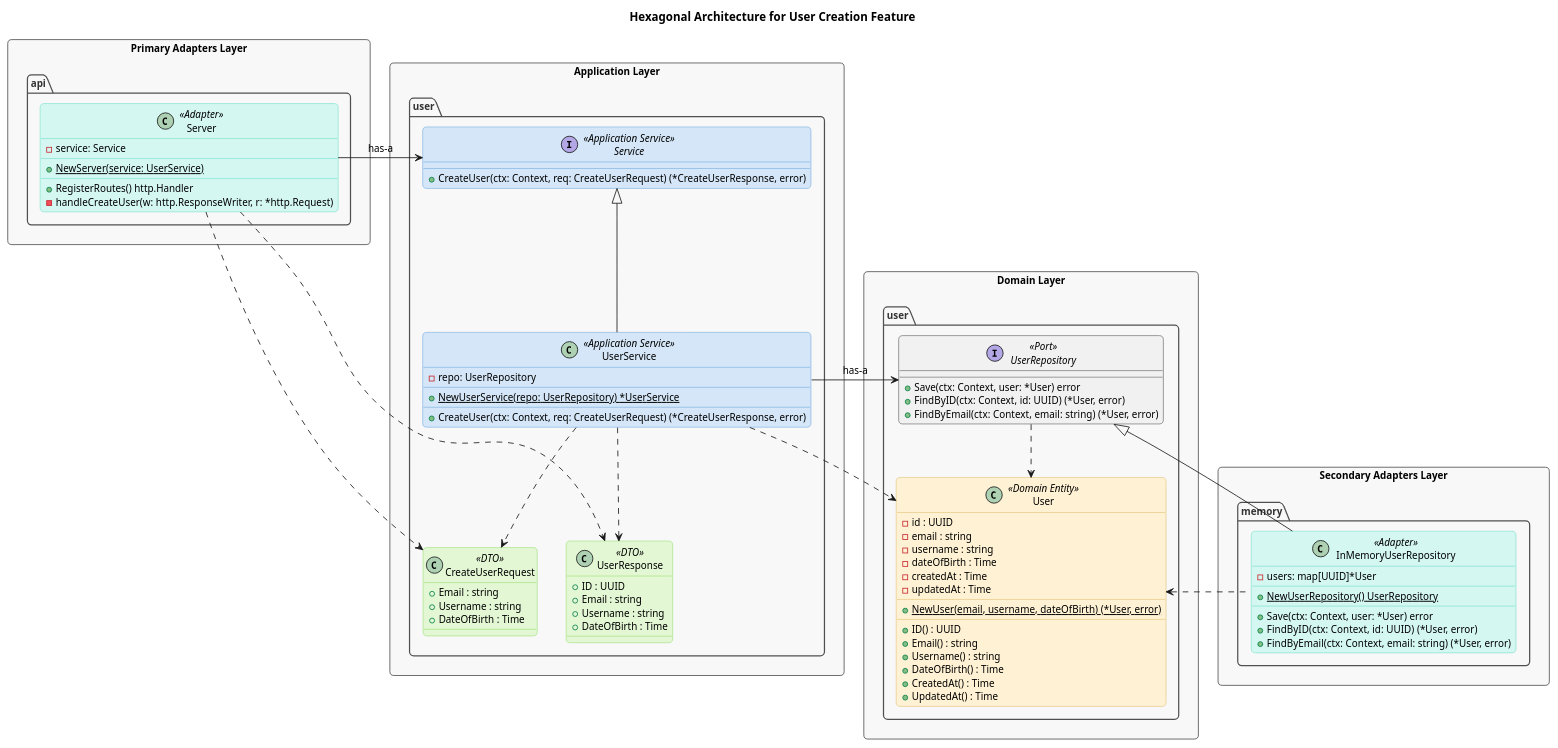
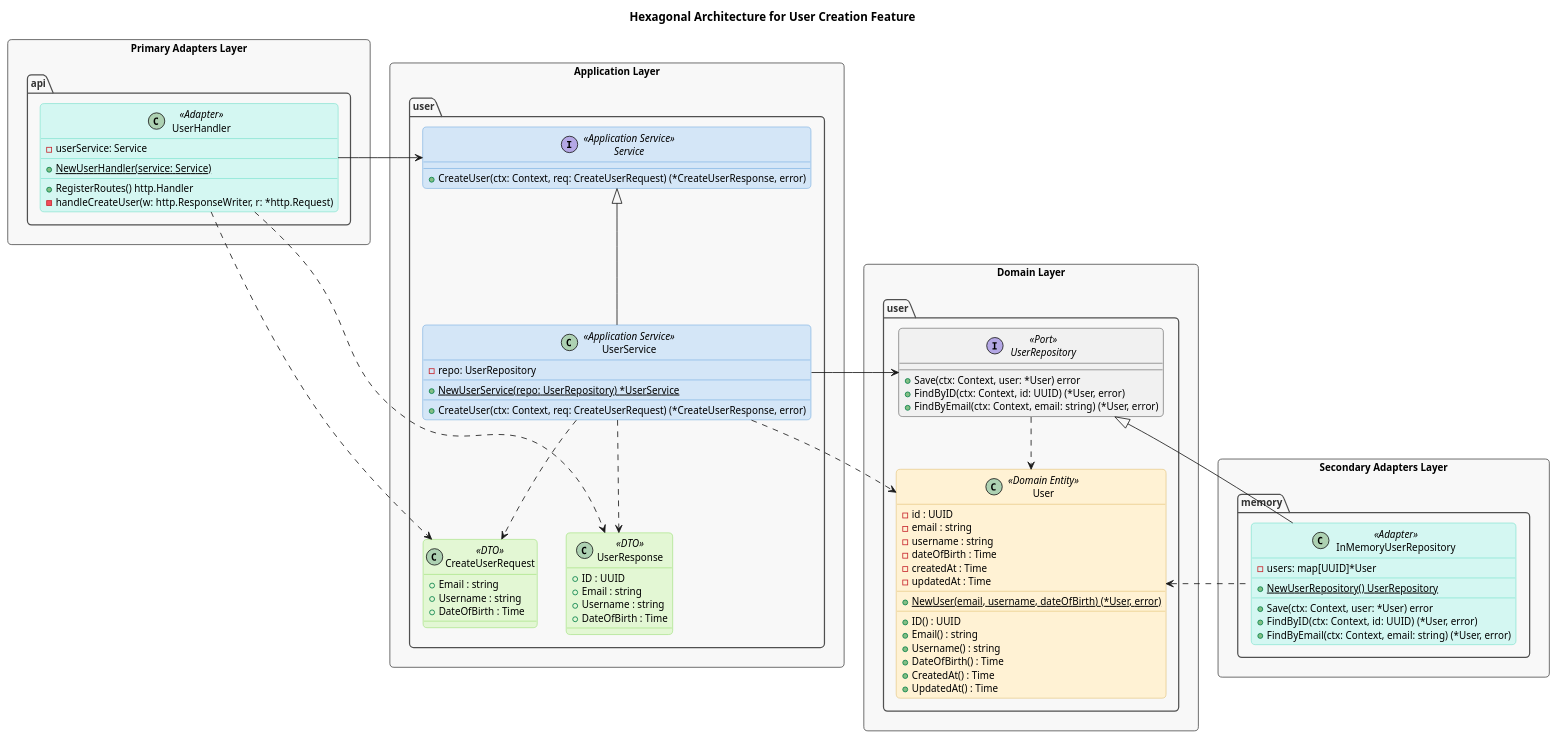
One commit to mgwinsor/weekbyweek changed the diagram in docs/diagrams/class-diagram.puml. Above: the diagram before and after it, drawn with PlantUML. The commit also changed 1 other file, not shown here.

```diff
--- a/docs/diagrams/class-diagram.puml
+++ b/docs/diagrams/class-diagram.puml
@@ -1,153 +1,153 @@
 @startuml
 ' =====================================================================
 ' ==                       STYLING & THEME                           ==
 ' =====================================================================
 
 skinparam {
     shadowing false
     RoundCorner 10
     DefaultFontName "Segoe UI, Helvetica" ' A clean, standard font
     DefaultFontSize 12
 
     package {
         BorderColor #505050
         BackgroundColor #F8F8F8
         FontColor #333333
         stereotypeFontColor #333333
     }
 }
 
 skinparam class {
     BackgroundColor<<Domain Entity>> #FFF2D4
     BorderColor<<Domain Entity>> #D4A945
 
     BackgroundColor<<Application Service>> #D4E6F7
     BorderColor<<Application Service>> #458FD4
 
     BackgroundColor<<DTO>> #E3F7D4
     BorderColor<<DTO>> #77D445
 
     BackgroundColor<<Adapter>> #D4F7F2
     BorderColor<<Adapter>> #45D4B7
 }
 skinparam interface {
     BackgroundColor<<Port>> #F7E3D4
     BorderColor<<Port>> #D47745
 }
 
 
 ' =====================================================================
 ' ==              DIAGRAM DEFINITION & LAYOUT CONTROL                ==
 ' =====================================================================
 
 package "Domain Layer" as Domain <<Rectangle>> {
     package "user" {
         class User <<Domain Entity>> {
             - id : UUID
             - email : string
             - username : string
             - dateOfBirth : Time
             - createdAt : Time
             - updatedAt : Time
             __
             {static} + NewUser(email, username, dateOfBirth) (*User, error)
             __
             + ID() : UUID
             + Email() : string
             + Username() : string
             + DateOfBirth() : Time
             + CreatedAt() : Time
             + UpdatedAt() : Time
         }
 
         interface UserRepository <<Port>> {
             + Save(ctx: Context, user: *User) error
             + FindByID(ctx: Context, id: UUID) (*User, error)
             + FindByEmail(ctx: Context, email: string) (*User, error)
         }
 
         UserRepository ..> User
     }
 }
 
 package "Application Layer" as App <<Rectangle>> {
     package "user" {
         interface Service <<Application Service>> {
             + CreateUser(ctx: Context, req: CreateUserRequest) (*CreateUserResponse, error)
         }
 
         class UserService <<Application Service>> {
             - repo: UserRepository
             __
             {static} + NewUserService(repo: UserRepository) *UserService
             __
             + CreateUser(ctx: Context, req: CreateUserRequest) (*CreateUserResponse, error)
         }
 
         class CreateUserRequest <<DTO>> {
             + Email : string
             + Username : string
             + DateOfBirth : Time
         }
 
         class UserResponse <<DTO>> {
             + ID : UUID
             + Email : string
             + Username : string
             + DateOfBirth : Time
         }
     }
 
     UserService -u-|> Service
     UserService ..> CreateUserRequest
     UserService ..> UserResponse
 }
 
 package "Primary Adapters Layer" as Primary <<Rectangle>> {
     package "api" {
-        class Server<<Adapter>> {
-            - service: Service
+        class UserHandler<<Adapter>> {
+            - userService: Service
 	    __
-            {static} + NewServer(service: UserService)
+            {static} + NewUserHandler(service: Service)
 	    __
 	    + RegisterRoutes() http.Handler
             - handleCreateUser(w: http.ResponseWriter, r: *http.Request)
         }
     }
 }
 
 package "Secondary Adapters Layer" as Infra <<Rectangle>> {
     package "memory" {
         class InMemoryUserRepository <<Adapter>> {
             - users: map[UUID]*User
             __
             {static} + NewUserRepository() UserRepository
             __
             + Save(ctx: Context, user: *User) error
             + FindByID(ctx: Context, id: UUID) (*User, error)
             + FindByEmail(ctx: Context, email: string) (*User, error)
         }
     }
 }
 
 ' =====================================================================
 ' ==                   RELATIONSHIPS (with direction)                ==
 ' =====================================================================
 
 ' --- Application Layer Dependencies ---
-UserService -right-> UserRepository : "has-a"
+UserService -right-> UserRepository
 UserService .right.> User
 
 ' --- Primary Adapters Layer Dependencies ---
-Server -r-> Service : "has-a"
-Server .r.> CreateUserRequest
-Server .r.> UserResponse
+UserHandler -r-> Service
+UserHandler .r.> CreateUserRequest
+UserHandler .r.> UserResponse
 
 ' --- Secondary Adapters Layer Dependencies ---
 InMemoryUserRepository -left-|> UserRepository
 InMemoryUserRepository .left.> User
 
 ' --- Add a title to provide overall context ---
 title Hexagonal Architecture for User Creation Feature
 
 @enduml
```
